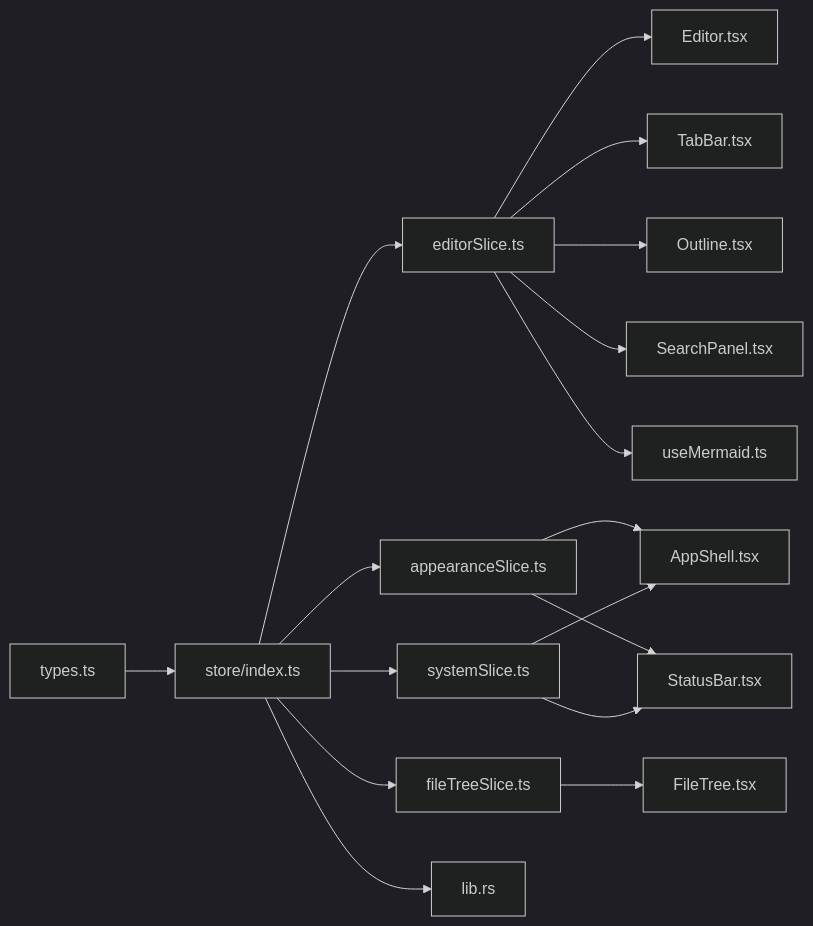
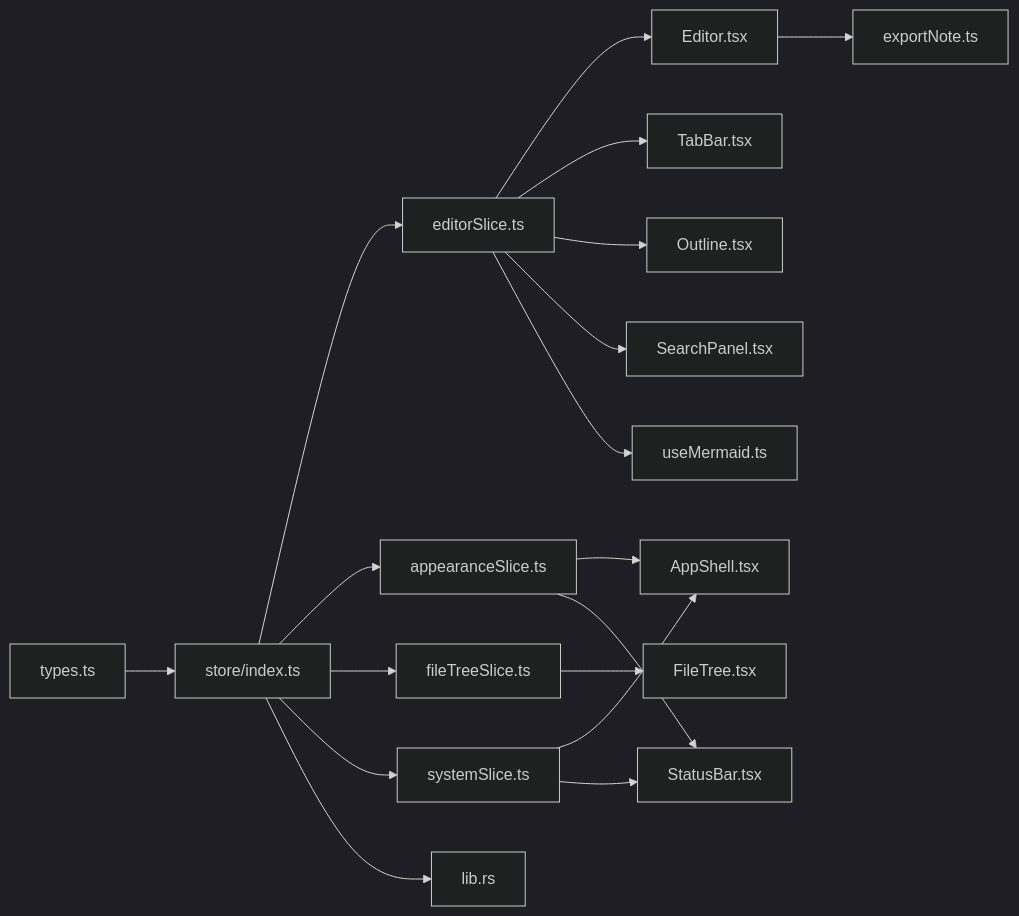
The third of 3 diagrams in .qoder/repowiki/zh/content/状态管理.md (gongshiyun/ZenNote), drawn with Mermaid (dark theme) before and after one commit. The commit also changed other lines of this file and 38 other files, not shown here.

````diff
--- a/.qoder/repowiki/zh/content/状态管理.md
+++ b/.qoder/repowiki/zh/content/状态管理.md
@@ -410,19 +342,20 @@
 ```mermaid
 graph LR
 Types["types.ts"] --> Store["store/index.ts"]
 Store --> EditorSlice["editorSlice.ts"]
 Store --> AppearanceSlice["appearanceSlice.ts"]
 Store --> FileTreeSlice["fileTreeSlice.ts"]
 Store --> SystemSlice["systemSlice.ts"]
 EditorSlice --> Editor["Editor.tsx"]
 EditorSlice --> TabBar["TabBar.tsx"]
 AppearanceSlice --> AppShell["AppShell.tsx"]
 AppearanceSlice --> StatusBar["StatusBar.tsx"]
 FileTreeSlice --> FileTree["FileTree.tsx"]
 SystemSlice --> AppShell["AppShell.tsx"]
 SystemSlice --> StatusBar["StatusBar.tsx"]
 EditorSlice --> Outline["Outline.tsx"]
 EditorSlice --> Search["SearchPanel.tsx"]
 EditorSlice --> MermaidHook["useMermaid.ts"]
 Store --> TauriLib["lib.rs"]
+Editor --> ExportNote["exportNote.ts"]
 ```
````
